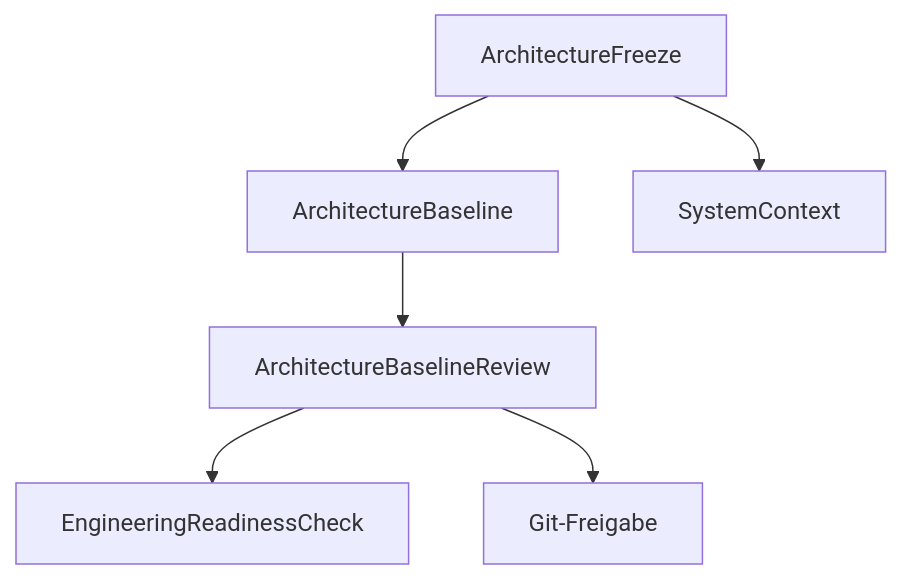
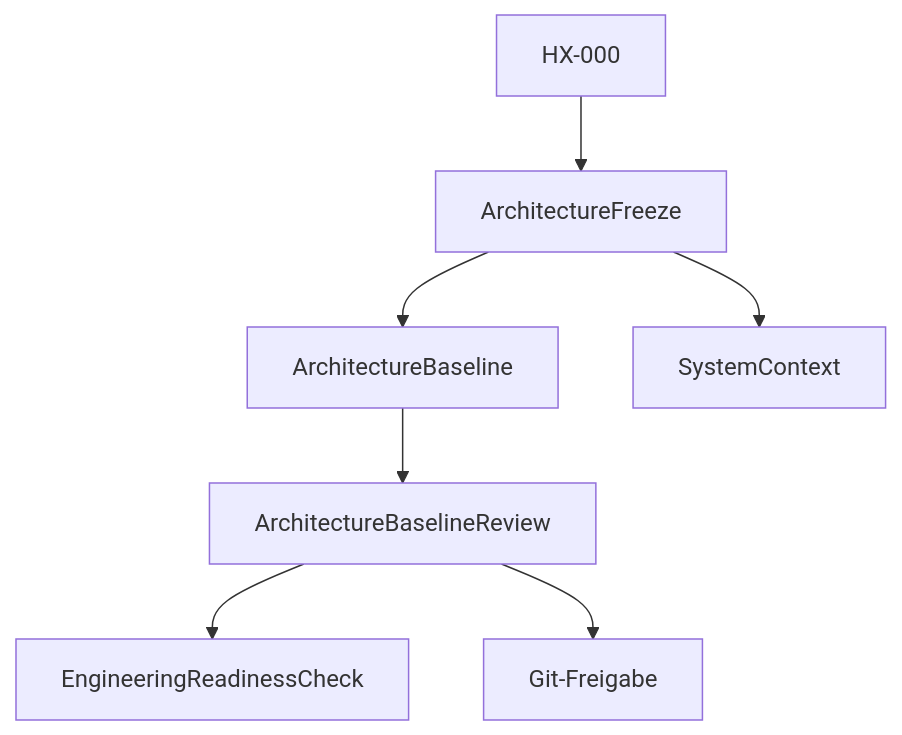
One commit to rk-engineeringAToutlook-de/RKWorkspace changed the diagram in Docs/Architecture/README.md. Above: the diagram before and after it, drawn with Mermaid. The commit also changed other lines of this file and 12 other files, not shown here.

````diff
--- a/Docs/Architecture/README.md
+++ b/Docs/Architecture/README.md
@@ -14,8 +16,9 @@
 ```mermaid
 flowchart TB
+    HX000["HX-000"] --> Freeze["ArchitectureFreeze"]
     Freeze["ArchitectureFreeze"] --> Baseline["ArchitectureBaseline"]
     Baseline --> Review["ArchitectureBaselineReview"]
     Review --> Readiness["EngineeringReadinessCheck"]
     Freeze --> Context["SystemContext"]
     Review --> Git["Git-Freigabe"]
 ```
````
